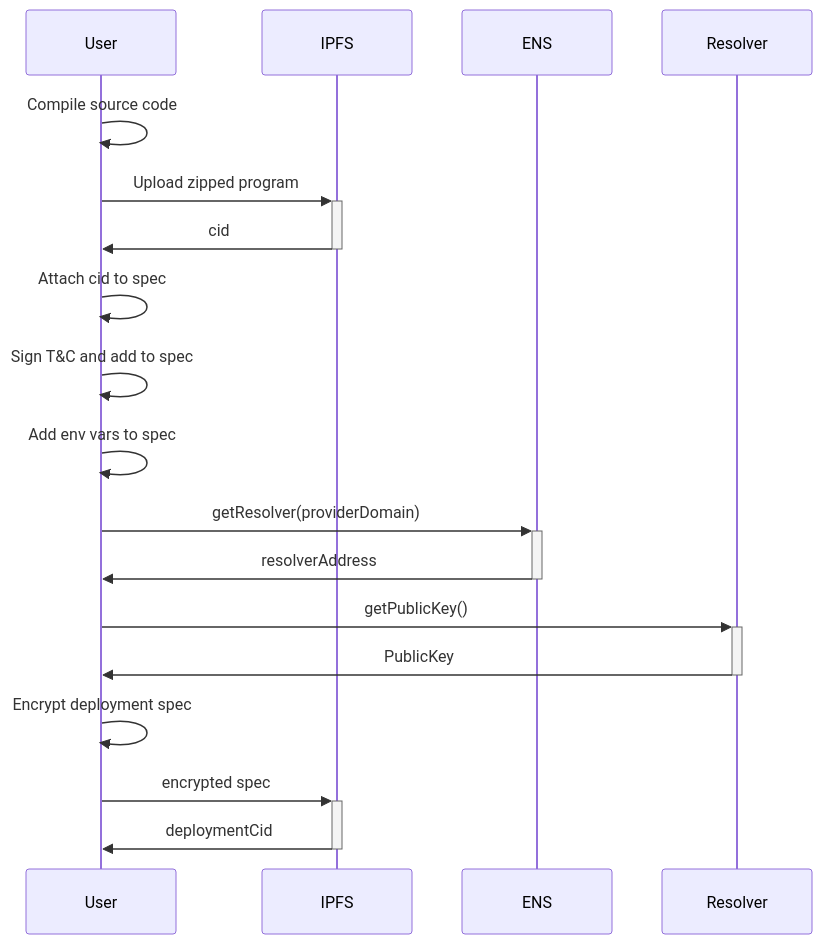
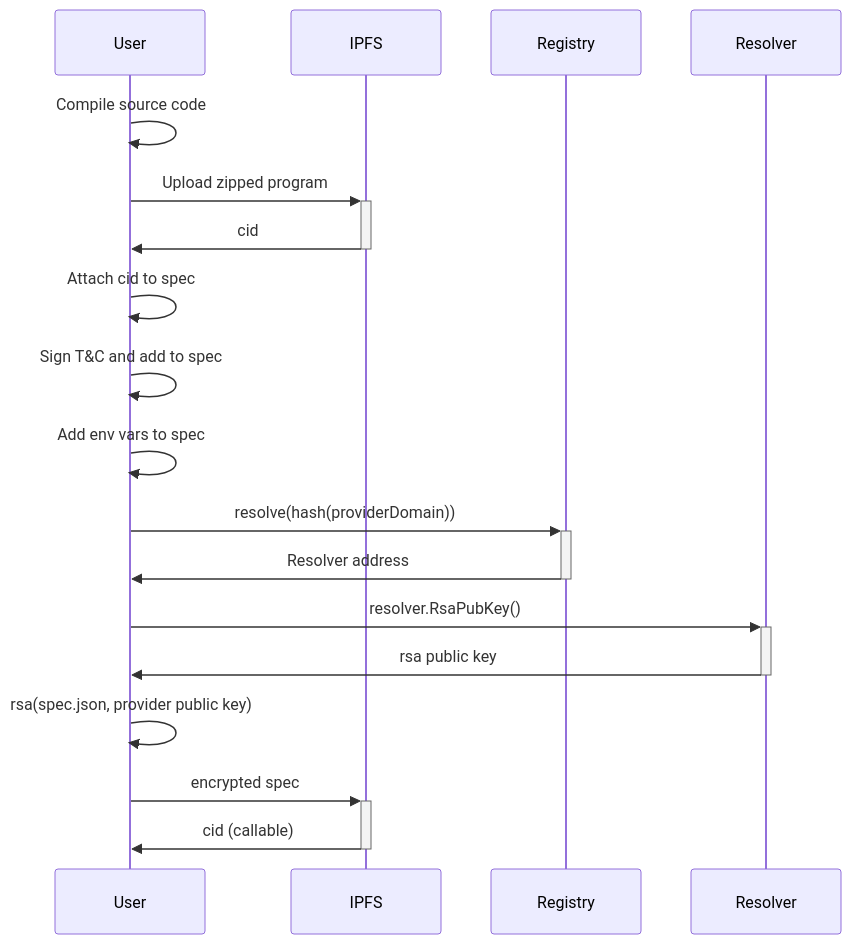
Before and after one commit to matzapata/ipfs-compute: the fifth of 7 diagrams in README.md, drawn with Mermaid. The commit also changed other lines of this file and 1 other file, not shown here.

Commit message:
schema and utils

````diff
--- a/README.md
+++ b/README.md
@@ -84,16 +86,16 @@
 ```mermaid
 sequenceDiagram
     User->>User: Compile source code
     User->>+IPFS: Upload zipped program
     IPFS->>-User: cid
     User->>User: Attach cid to spec
     User->>User: Sign T&C and add to spec
     User->>User: Add env vars to spec
-    User->>+ENS: getResolver(providerDomain)
-    ENS->>-User: resolverAddress
-    User->>+Resolver: getPublicKey()
-    Resolver->>-User: PublicKey
-    User->>User: Encrypt deployment spec
+    User->>+Registry: resolve(hash(providerDomain))
+    Registry->>-User: Resolver address
+    User->>+Resolver: resolver.RsaPubKey()
+    Resolver->>-User: rsa public key
+    User->>User: rsa(spec.json, provider public key)
     User->>+IPFS: encrypted spec
-    IPFS->>-User: deploymentCid
+    IPFS->>-User: cid (callable)
 ```
````
